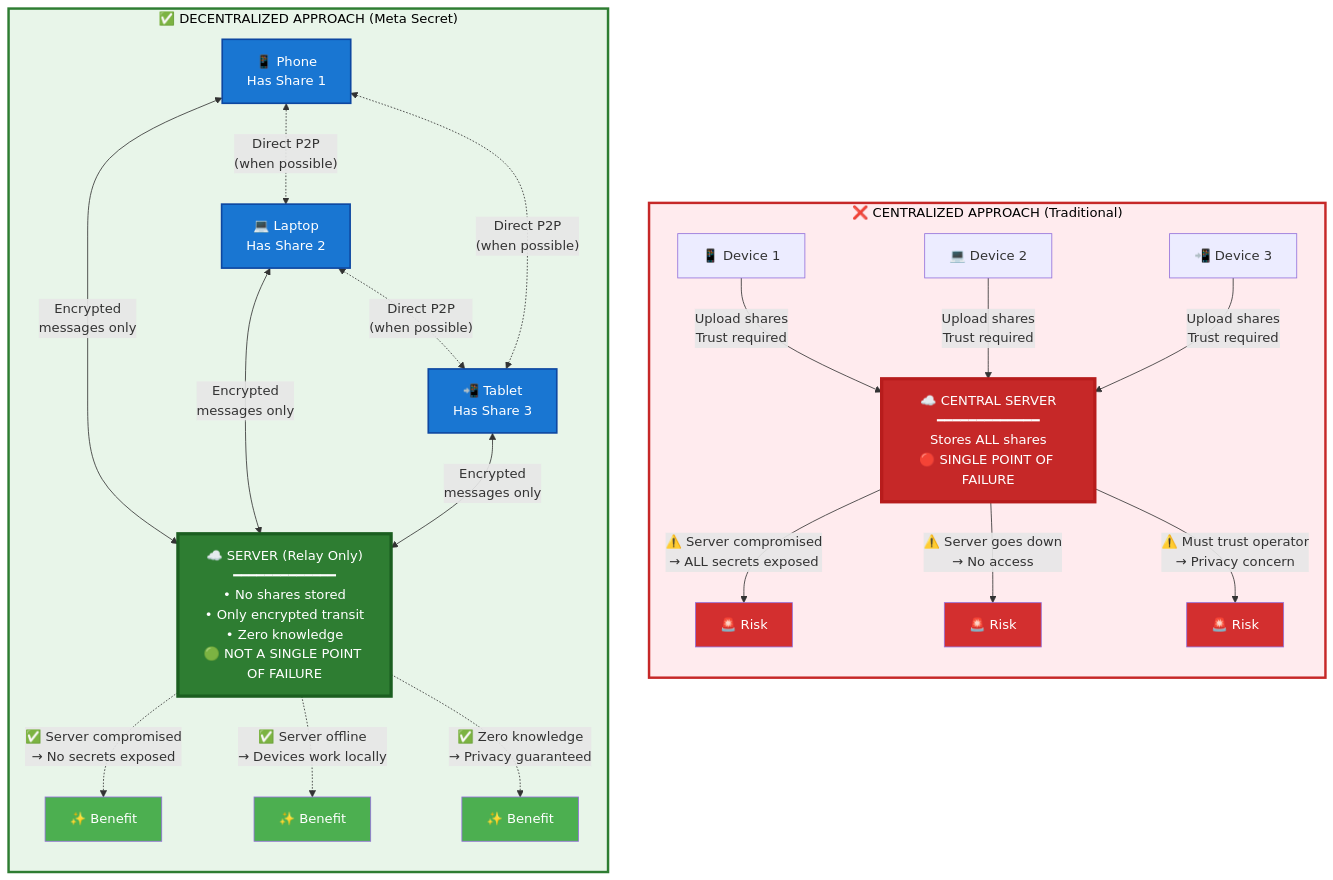
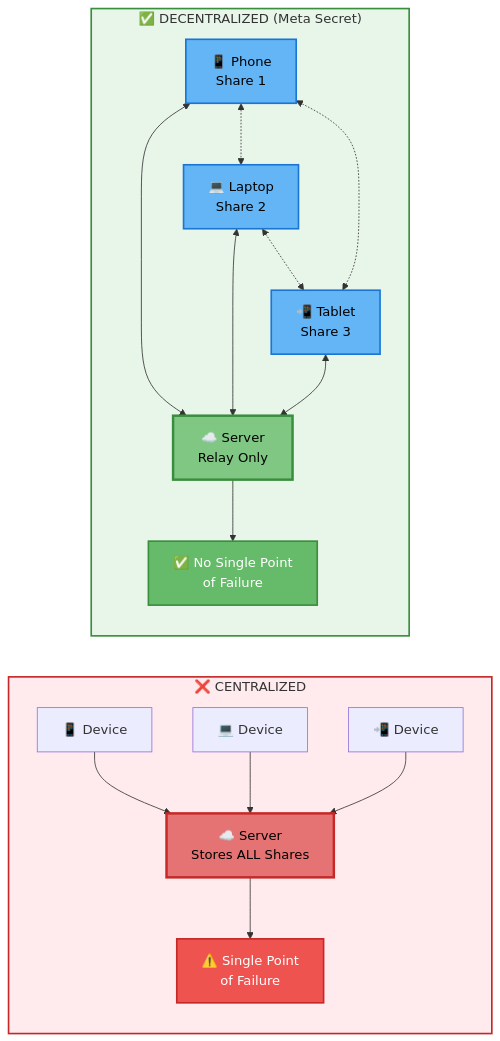
Before and after one commit to meta-secret/meta-secret-core: the first of 10 diagrams in docs/meta-secret-technical-presentation.md, drawn with Mermaid. The commit also changed other lines of this file, not shown here.

Commit message:
improvements

````diff
--- a/docs/meta-secret-technical-presentation.md
+++ b/docs/meta-secret-technical-presentation.md
@@ -151,54 +151,34 @@
 ```mermaid
-flowchart TB
-    subgraph CENT["❌ CENTRALIZED APPROACH (Traditional)"]
-        direction TB
+flowchart LR
+    subgraph CENTRAL["❌ CENTRALIZED"]
+        D1[📱 Device] --> S1[☁️ Server<br/>Stores ALL Shares]
+        D2[💻 Device] --> S1
+        D3[📲 Device] --> S1
         
-        D1C[📱 Device 1] -->|"Upload shares<br/>Trust required"| SERVER
-        D2C[💻 Device 2] -->|"Upload shares<br/>Trust required"| SERVER
-        D3C[📲 Device 3] -->|"Upload shares<br/>Trust required"| SERVER
+        S1 --> RISK["⚠️ Single Point<br/>of Failure"]
         
-        SERVER["☁️ CENTRAL SERVER<br/>━━━━━━━━━━━━━<br/>Stores ALL shares<br/>🔴 SINGLE POINT OF FAILURE"]
-        
-        SERVER -->|"⚠️ Server compromised<br/>→ ALL secrets exposed"| RISK1[🚨 Risk]
-        SERVER -->|"⚠️ Server goes down<br/>→ No access"| RISK2[🚨 Risk]
-        SERVER -->|"⚠️ Must trust operator<br/>→ Privacy concern"| RISK3[🚨 Risk]
-        
-        style SERVER fill:#c62828,color:#fff,stroke:#b71c1c,stroke-width:4px
-        style RISK1 fill:#d32f2f,color:#fff
-        style RISK2 fill:#d32f2f,color:#fff
-        style RISK3 fill:#d32f2f,color:#fff
+        style S1 fill:#e57373,color:#000,stroke:#c62828,stroke-width:3px
+        style RISK fill:#ef5350,color:#fff,stroke:#c62828,stroke-width:2px
     end
     
-    subgraph DECENT["✅ DECENTRALIZED APPROACH (Meta Secret)"]
-        direction TB
+    subgraph DECENTRAL["✅ DECENTRALIZED (Meta Secret)"]
+        P1[📱 Phone<br/>Share 1] <--> R[☁️ Server<br/>Relay Only]
+        P2[💻 Laptop<br/>Share 2] <--> R
+        P3[📲 Tablet<br/>Share 3] <--> R
         
-        D1D[📱 Phone<br/>Has Share 1]
-        D2D[💻 Laptop<br/>Has Share 2]
-        D3D[📲 Tablet<br/>Has Share 3]
+        P1 <-.-> P2
+        P2 <-.-> P3
+        P3 <-.-> P1
         
-        RELAY["☁️ SERVER (Relay Only)<br/>━━━━━━━━━━━━━<br/>• No shares stored<br/>• Only encrypted transit<br/>• Zero knowledge<br/>🟢 NOT A SINGLE POINT OF FAILURE"]
+        R --> OK["✅ No Single Point<br/>of Failure"]
         
-        D1D <-->|"Encrypted<br/>messages only"| RELAY
-        D2D <-->|"Encrypted<br/>messages only"| RELAY
-        D3D <-->|"Encrypted<br/>messages only"| RELAY
-        
-        D1D <-.->|"Direct P2P<br/>(when possible)"| D2D
-        D2D <-.->|"Direct P2P<br/>(when possible)"| D3D
-        D3D <-.->|"Direct P2P<br/>(when possible)"| D1D
-        
-        RELAY -.->|"✅ Server compromised<br/>→ No secrets exposed"| BEN1[✨ Benefit]
-        RELAY -.->|"✅ Server offline<br/>→ Devices work locally"| BEN2[✨ Benefit]
-        RELAY -.->|"✅ Zero knowledge<br/>→ Privacy guaranteed"| BEN3[✨ Benefit]
-        
-        style RELAY fill:#2e7d32,color:#fff,stroke:#1b5e20,stroke-width:4px
-        style D1D fill:#1976d2,color:#fff,stroke:#0d47a1,stroke-width:2px
-        style D2D fill:#1976d2,color:#fff,stroke:#0d47a1,stroke-width:2px
-        style D3D fill:#1976d2,color:#fff,stroke:#0d47a1,stroke-width:2px
-        style BEN1 fill:#4caf50,color:#fff
-        style BEN2 fill:#4caf50,color:#fff
-        style BEN3 fill:#4caf50,color:#fff
+        style R fill:#81c784,color:#000,stroke:#388e3c,stroke-width:3px
+        style OK fill:#66bb6a,color:#fff,stroke:#388e3c,stroke-width:2px
+        style P1 fill:#64b5f6,color:#000,stroke:#1976d2,stroke-width:2px
+        style P2 fill:#64b5f6,color:#000,stroke:#1976d2,stroke-width:2px
+        style P3 fill:#64b5f6,color:#000,stroke:#1976d2,stroke-width:2px
     end
     
-    style CENT fill:#ffebee,stroke:#c62828,stroke-width:3px,color:#000
-    style DECENT fill:#e8f5e9,stroke:#2e7d32,stroke-width:3px,color:#000
+    style CENTRAL fill:#ffebee,stroke:#c62828,stroke-width:2px
+    style DECENTRAL fill:#e8f5e9,stroke:#388e3c,stroke-width:2px
 ```
````
